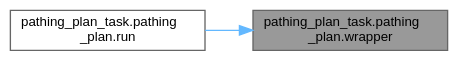
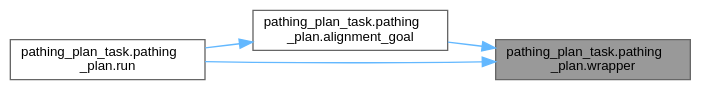
Before and after one commit to elheuchert/ME-405-Romi: the diagram in docs/classpathing__plan__task_1_1pathing__plan_ad08c3360eb952dab07e98c69169c43b5_icgraph.dot, drawn with Graphviz. The commit also changed 96 other files, not shown here.

```diff
--- a/docs/classpathing__plan__task_1_1pathing__plan_ad08c3360eb952dab07e98c69169c43b5_icgraph.dot
+++ b/docs/classpathing__plan__task_1_1pathing__plan_ad08c3360eb952dab07e98c69169c43b5_icgraph.dot
@@ -1,11 +1,14 @@
 digraph "pathing_plan_task.pathing_plan.wrapper"
 {
  // LATEX_PDF_SIZE
   bgcolor="transparent";
   edge [fontname=Helvetica,fontsize=10,labelfontname=Helvetica,labelfontsize=10];
   node [fontname=Helvetica,fontsize=10,shape=box,height=0.2,width=0.4];
   rankdir="RL";
   Node1 [id="Node000001",label="pathing_plan_task.pathing\l_plan.wrapper",height=0.2,width=0.4,color="gray40", fillcolor="grey60", style="filled", fontcolor="black",tooltip=" "];
   Node1 -> Node2 [id="edge1_Node000001_Node000002",dir="back",color="steelblue1",style="solid",tooltip=" "];
-  Node2 [id="Node000002",label="pathing_plan_task.pathing\l_plan.run",height=0.2,width=0.4,color="grey40", fillcolor="white", style="filled",URL="$classpathing__plan__task_1_1pathing__plan.html#a50ae901bf0f81f3057545b804b84b2a4",tooltip=" "];
+  Node2 [id="Node000002",label="pathing_plan_task.pathing\l_plan.alignment_goal",height=0.2,width=0.4,color="grey40", fillcolor="white", style="filled",URL="$classpathing__plan__task_1_1pathing__plan.html#a7cabe7403a1b005a063a5fd59b557e8e",tooltip=" "];
+  Node2 -> Node3 [id="edge2_Node000002_Node000003",dir="back",color="steelblue1",style="solid",tooltip=" "];
+  Node3 [id="Node000003",label="pathing_plan_task.pathing\l_plan.run",height=0.2,width=0.4,color="grey40", fillcolor="white", style="filled",URL="$classpathing__plan__task_1_1pathing__plan.html#a50ae901bf0f81f3057545b804b84b2a4",tooltip=" "];
+  Node1 -> Node3 [id="edge3_Node000001_Node000003",dir="back",color="steelblue1",style="solid",tooltip=" "];
 }
```
